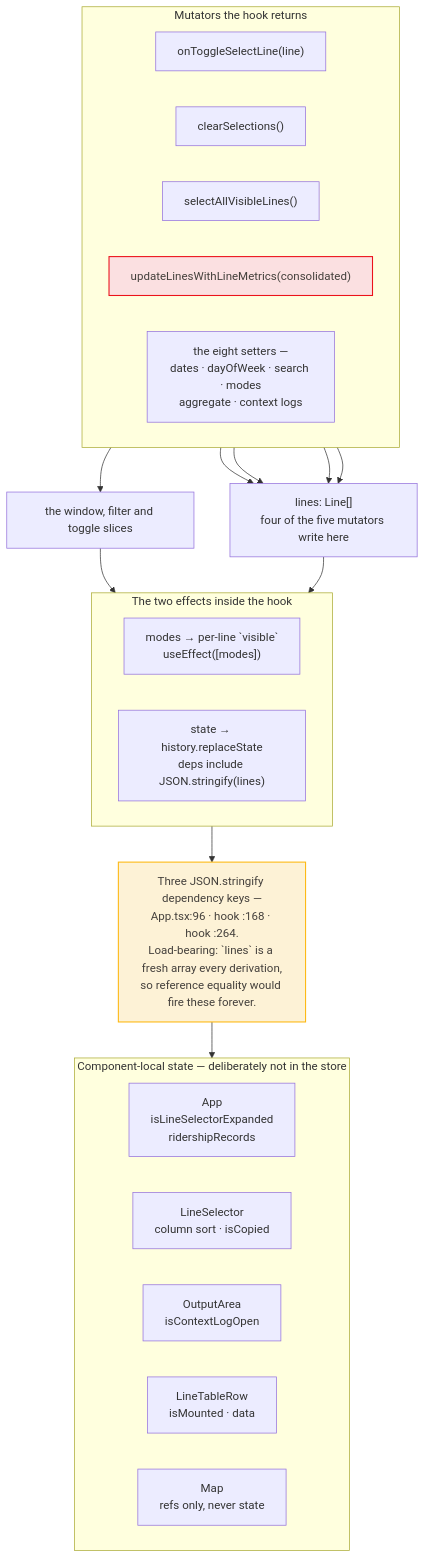
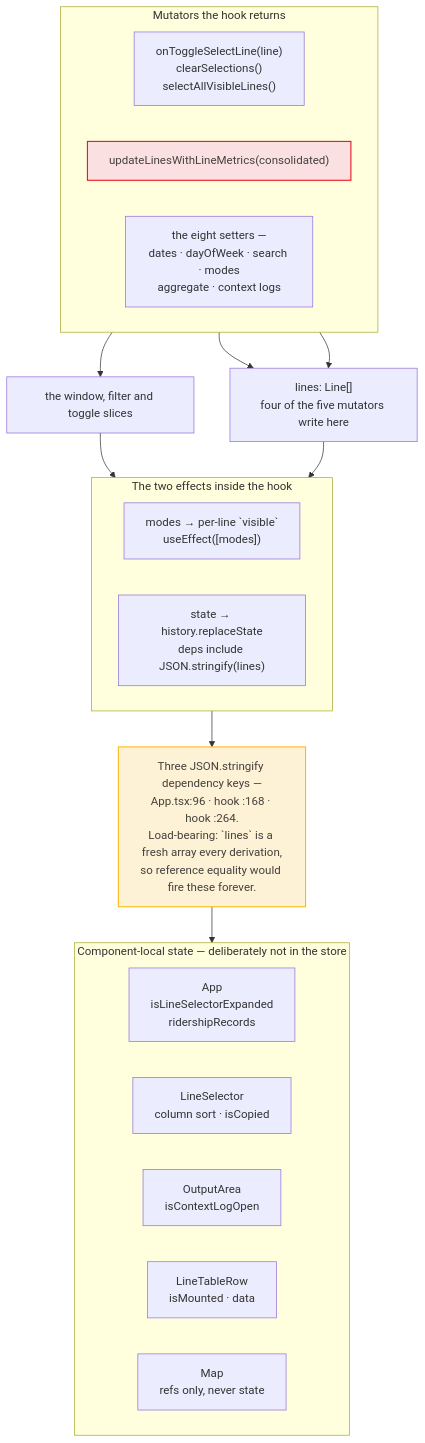
Before and after one commit to streetsforall/metro_ridership_app: the diagram in docs/architecture/mermaid/09-state-mutators-and-effects.mmd, drawn with Mermaid. The commit also changed 9 other files, not shown here.

```diff
--- a/docs/architecture/mermaid/09-state-mutators-and-effects.mmd
+++ b/docs/architecture/mermaid/09-state-mutators-and-effects.mmd
@@ -1,45 +1,41 @@
 flowchart TB
   subgraph mutators["Mutators the hook returns"]
     direction LR
-    toggleLine["onToggleSelectLine(line)"]
-    clear["clearSelections()"]
-    selectAll["selectAllVisibleLines()"]
+    selectionMutators["onToggleSelectLine(line)<br/>clearSelections()<br/>selectAllVisibleLines()"]
     updateMetrics["updateLinesWithLineMetrics(consolidated)"]
     setters["the eight setters —<br/>dates · dayOfWeek · search · modes<br/>aggregate · context logs"]
   end
 
   lines["lines: Line[]<br/>four of the five mutators write here"]
   otherSlices["the window, filter and toggle slices"]
 
   subgraph effects["The two effects inside the hook"]
     direction LR
     modeSync["modes → per-line `visible`<br/>useEffect([modes])"]
     urlSync["state → history.replaceState<br/>deps include JSON.stringify(lines)"]
   end
 
   keys["Three JSON.stringify dependency keys —<br/>App.tsx:96 · hook :168 · hook :264.<br/>Load-bearing: `lines` is a fresh array every derivation,<br/>so reference equality would fire these forever."]
 
   subgraph local["Component-local state — deliberately not in the store"]
     direction LR
     appLocal["App<br/>isLineSelectorExpanded<br/>ridershipRecords"]
     lsLocal["LineSelector<br/>column sort · isCopied"]
     oaLocal["OutputArea<br/>isContextLogOpen"]
     ltrLocal["LineTableRow<br/>isMounted · data"]
     mapLocal["Map<br/>refs only, never state"]
   end
 
-  toggleLine --> lines
-  clear --> lines
-  selectAll --> lines
+  selectionMutators --> lines
   updateMetrics --> lines
   setters --> otherSlices
 
   lines --> effects
   otherSlices --> urlSync
   effects --> keys
   keys --> local
 
   classDef cycle fill:#fbe0e1,stroke:#eb131b,stroke-width:1.5px,color:#44403c
   classDef pending fill:#fdf2d6,stroke:#fdb913,stroke-width:1.5px,color:#44403c
   class updateMetrics cycle
   class keys pending
```
